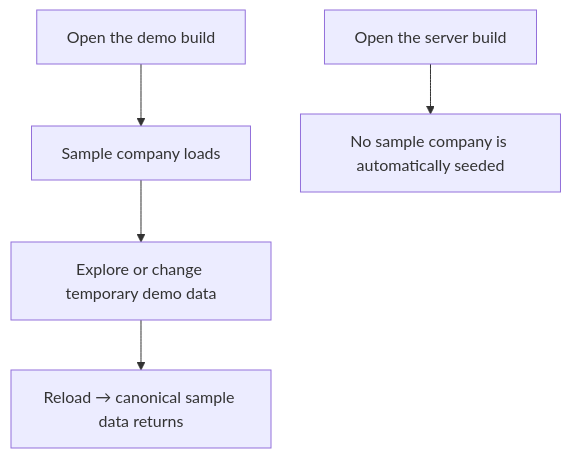
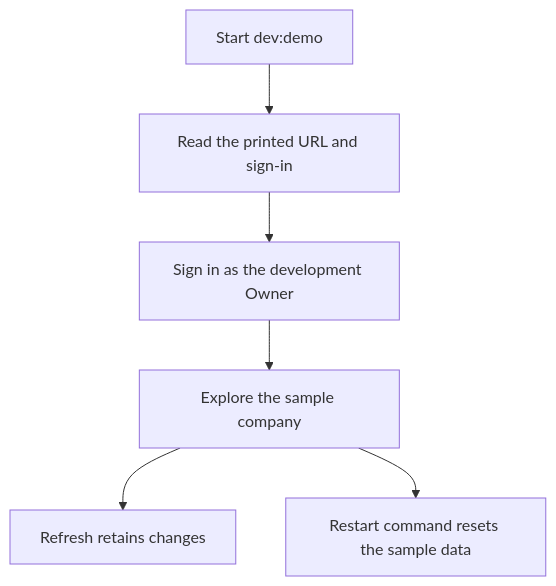
One commit to Kevinjohn/capacitylens changed the first of 2 diagrams in user-stories/data/US-DAT-06-seed-and-no-reseed.md. Above: the diagram before and after it, drawn with Mermaid. The commit also changed other lines of this file and 343 other files, not shown here.

Commit message:
feat: use server-owned company planning and a disposable development demo

````diff
--- a/user-stories/data/US-DAT-06-seed-and-no-reseed.md
+++ b/user-stories/data/US-DAT-06-seed-and-no-reseed.md
@@ -18,7 +21,8 @@
 ```mermaid
 flowchart TD
-  open["Open the demo build"] --> sample["Sample company loads"]
-  sample --> change["Explore or change temporary demo data"]
-  change --> reload["Reload → canonical sample data returns"]
-  server["Open the server build"] --> persisted["No sample company is automatically seeded"]
+  command["Start dev:demo"] --> ready["Read the printed URL and sign-in"]
+  ready --> login["Sign in as the development Owner"]
+  login --> company["Explore the sample company"]
+  company --> refresh["Refresh retains changes"]
+  company --> restart["Restart command resets the sample data"]
 ```
````
